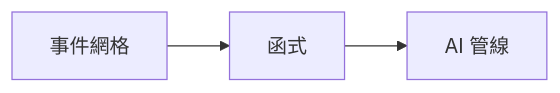
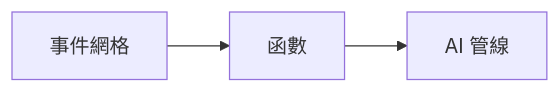
Before and after one commit to microsoft/AZD-for-beginners: the second of 2 diagrams in translations/zh-TW/docs/chapter-08-production/README.md, drawn with Mermaid. The commit also changed other lines of this file and 61 other files, not shown here.

````diff
--- a/translations/zh-TW/docs/chapter-08-production/README.md
+++ b/translations/zh-TW/docs/chapter-08-production/README.md
@@ -57,4 +57,4 @@
 ```mermaid
 graph LR
-    EventGrid[事件網格] --> Functions[函式] --> Pipeline[AI 管線]
+    EventGrid[事件網格] --> Functions[函數] --> Pipeline[AI 管線]
 ```
````
